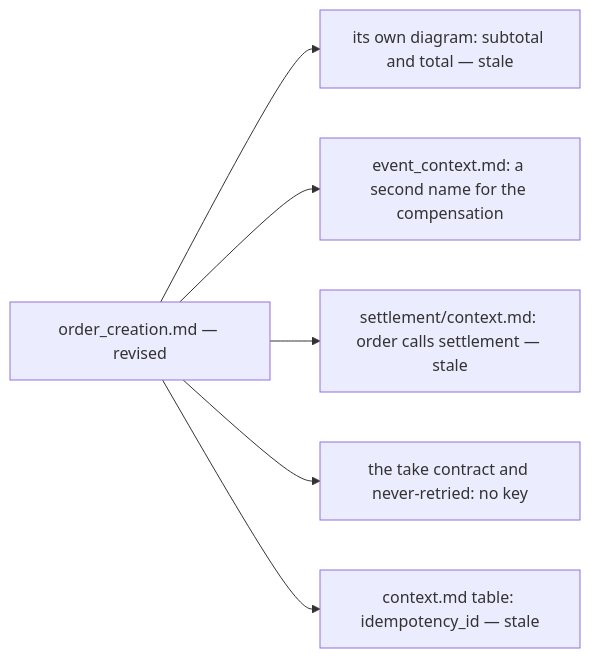
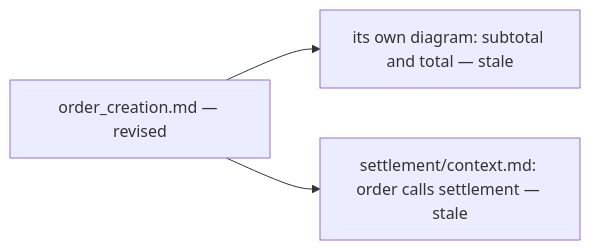
Before and after one commit to pdcgo/warehouse_revamp: the fourth of 4 diagrams in docs/business/order/order_creation_clarify.md, drawn with Mermaid. The commit also changed other lines of this file and 4 other files, not shown here.

First line of the commit message:
docs(order): the idempotency key's loop, its event name, and what the key work still leaves open

````diff
--- a/docs/business/order/order_creation_clarify.md
+++ b/docs/business/order/order_creation_clarify.md
@@ -156,8 +192,5 @@
 ```mermaid
 flowchart LR
   D["order_creation.md — revised"] --> A["its own diagram: subtotal and total — stale"]
-  D --> B["event_context.md: a second name for the compensation"]
   D --> C["settlement/context.md: order calls settlement — stale"]
-  D --> E["the take contract and never-retried: no key"]
-  D --> F["context.md table: idempotency_id — stale"]
 ```
````
